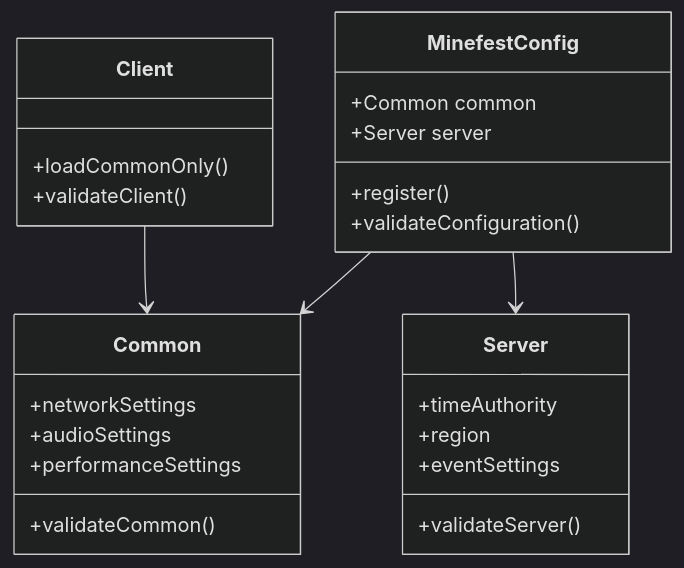
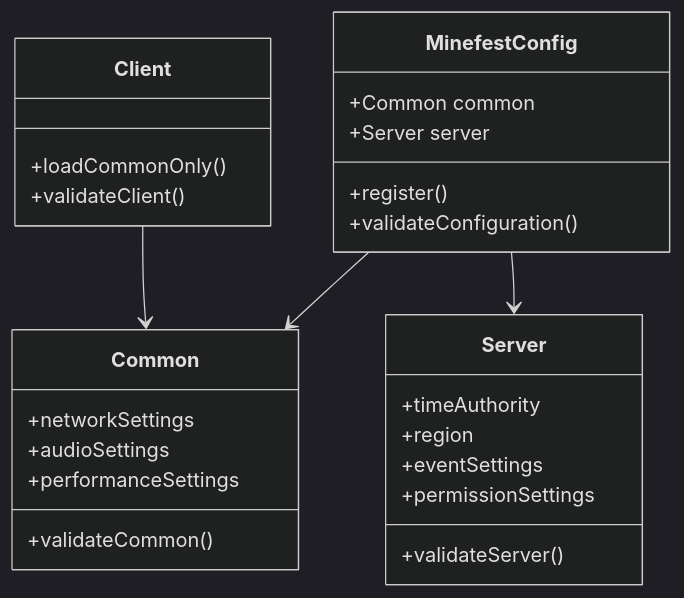
The seventh of 10 diagrams in docs/ARCHITECTURE.md (ThornsOfire/Minefest-Core), drawn with Mermaid (dark theme) before and after one commit. The commit also changed other lines of this file and 65 other files, not shown here.

````diff
--- a/docs/ARCHITECTURE.md
+++ b/docs/ARCHITECTURE.md
@@ -139,32 +311,33 @@
 ```mermaid
 classDiagram
     class MinefestConfig {
         +Common common
         +Server server
         +register()
         +validateConfiguration()
     }
     
     class Common {
         +networkSettings
         +audioSettings
         +performanceSettings
         +validateCommon()
     }
     
     class Server {
         +timeAuthority
         +region
         +eventSettings
+        +permissionSettings
         +validateServer()
     }
     
     class Client {
         +loadCommonOnly()
         +validateClient()
     }
     
     MinefestConfig --> Common
     MinefestConfig --> Server
     Client --> Common
 ```
````
